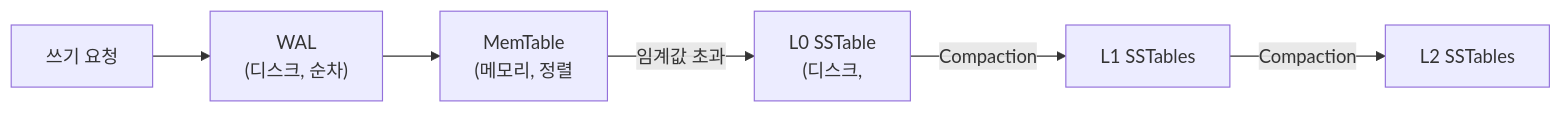
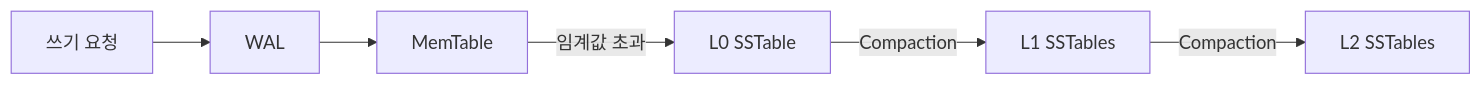
Before and after one commit to yjkim2015/yjkim2015.github.io: the fifth of 8 diagrams in _posts/systemdesign/2026-05-03-system-design-kv-store.md, drawn with Mermaid. The commit also changed other lines of this file and 217 other files, not shown here.

First line of the commit message:
Mermaid 크기 수정: useMaxWidth:true + SVG max-width:100% + 라벨 축소

````diff
--- a/_posts/systemdesign/2026-05-03-system-design-kv-store.md
+++ b/_posts/systemdesign/2026-05-03-system-design-kv-store.md
@@ -361,8 +361,8 @@
 ```mermaid
 graph LR
-    W["쓰기 요청"] --> WAL["WAL\n(디스크, 순차)"]
-    WAL --> MEM["MemTable\n(메모리, 정렬"]
-    MEM -->|"임계값 초과"| L0["L0 SSTable\n(디스크,"]
+    W["쓰기 요청"] --> WAL["WAL"]
+    WAL --> MEM["MemTable"]
+    MEM -->|"임계값 초과"| L0["L0 SSTable"]
     L0 -->|"Compaction"| L1["L1 SSTables"]
     L1 -->|"Compaction"| L2["L2 SSTables"]
 ```
````
